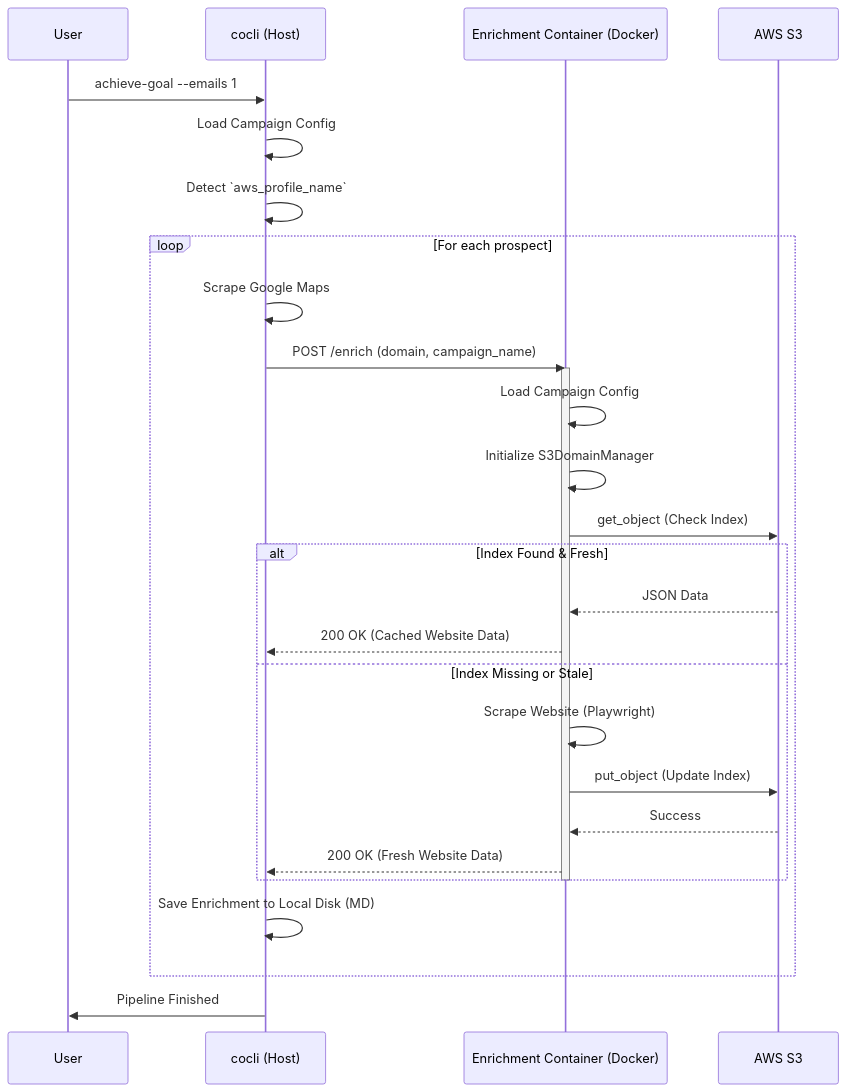
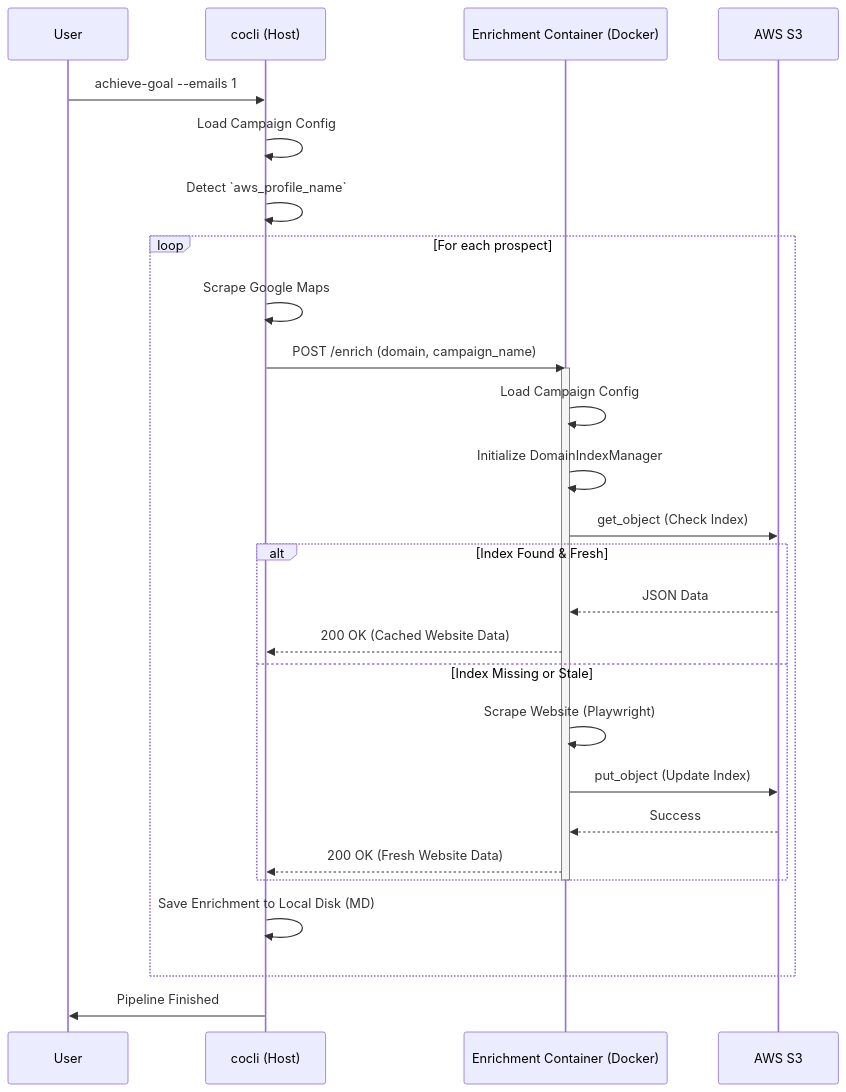
Before and after one commit to bizkite-co/cocli: the diagram in docs/data-management/s3-integration-sequence.md, drawn with Mermaid. The commit also changed 15 other files, not shown here.

First line of the commit message:
Refactor: Unify domain indexing under DomainIndexManager with S3 and Local support

````diff
--- a/docs/data-management/s3-integration-sequence.md
+++ b/docs/data-management/s3-integration-sequence.md
@@ -7,36 +7,36 @@
 ```mermaid
 sequenceDiagram
     participant User
     participant CLI as cocli (Host)
     participant Docker as Enrichment Container (Docker)
     participant S3 as AWS S3
 
     User->>CLI: achieve-goal --emails 1
     CLI->>CLI: Load Campaign Config
     CLI->>CLI: Detect `aws_profile_name`
 
     loop For each prospect
         CLI->>CLI: Scrape Google Maps
         CLI->>Docker: POST /enrich (domain, campaign_name)
         
         activate Docker
         Docker->>Docker: Load Campaign Config
-        Docker->>Docker: Initialize S3DomainManager
+        Docker->>Docker: Initialize DomainIndexManager
         
         Docker->>S3: get_object (Check Index)
         alt Index Found & Fresh
             S3-->>Docker: JSON Data
             Docker-->>CLI: 200 OK (Cached Website Data)
         else Index Missing or Stale
             Docker->>Docker: Scrape Website (Playwright)
             Docker->>S3: put_object (Update Index)
             S3-->>Docker: Success
             Docker-->>CLI: 200 OK (Fresh Website Data)
         end
         deactivate Docker
 
         CLI->>CLI: Save Enrichment to Local Disk (MD)
     end
 
     CLI->>User: Pipeline Finished
 ```
````
